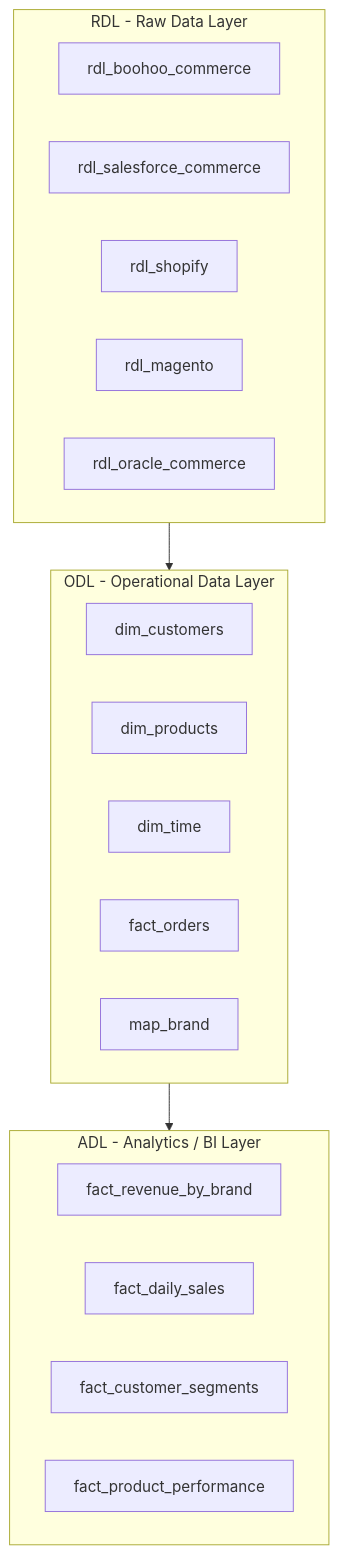
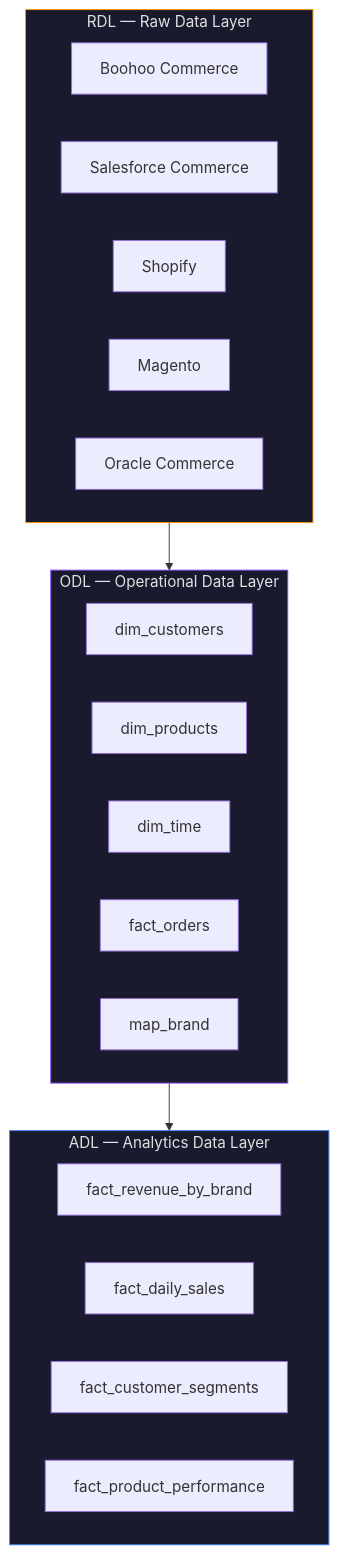
The second of 3 diagrams in README.md (TimiOlayinka/boohoo-data-pipeline), drawn with Mermaid before and after one commit. The commit also changed other lines of this file and 6 other files, not shown here.

````diff
--- a/README.md
+++ b/README.md
@@ -166,28 +134,35 @@
 ```mermaid
 flowchart TB
-    subgraph RDL["RDL - Raw Data Layer"]
-        R1[rdl_boohoo_commerce]
-        R2[rdl_salesforce_commerce]
-        R3[rdl_shopify]
-        R4[rdl_magento]
-        R5[rdl_oracle_commerce]
+    subgraph RDL["RDL — Raw Data Layer"]
+        direction LR
+        R1["Boohoo Commerce"]
+        R2["Salesforce Commerce"]
+        R3["Shopify"]
+        R4["Magento"]
+        R5["Oracle Commerce"]
     end
 
-    subgraph ODL["ODL - Operational Data Layer"]
-        D1[dim_customers]
-        D2[dim_products]
-        D3[dim_time]
-        F1[fact_orders]
-        M1[map_brand]
+    subgraph ODL["ODL — Operational Data Layer"]
+        direction LR
+        D1["dim_customers"]
+        D2["dim_products"]
+        D3["dim_time"]
+        F1["fact_orders"]
+        M1["map_brand"]
     end
 
-    subgraph ADL["ADL - Analytics / BI Layer"]
-        B1[fact_revenue_by_brand]
-        B2[fact_daily_sales]
-        B3[fact_customer_segments]
-        B4[fact_product_performance]
+    subgraph ADL["ADL — Analytics Data Layer"]
+        direction LR
+        B1["fact_revenue_by_brand"]
+        B2["fact_daily_sales"]
+        B3["fact_customer_segments"]
+        B4["fact_product_performance"]
     end
 
     RDL --> ODL
     ODL --> ADL
+
+    style RDL fill:#1a1a2e,color:#e0e0e0,stroke:#FF9900
+    style ODL fill:#1a1a2e,color:#e0e0e0,stroke:#8C4FFF
+    style ADL fill:#1a1a2e,color:#e0e0e0,stroke:#4285F4
 ```
````
